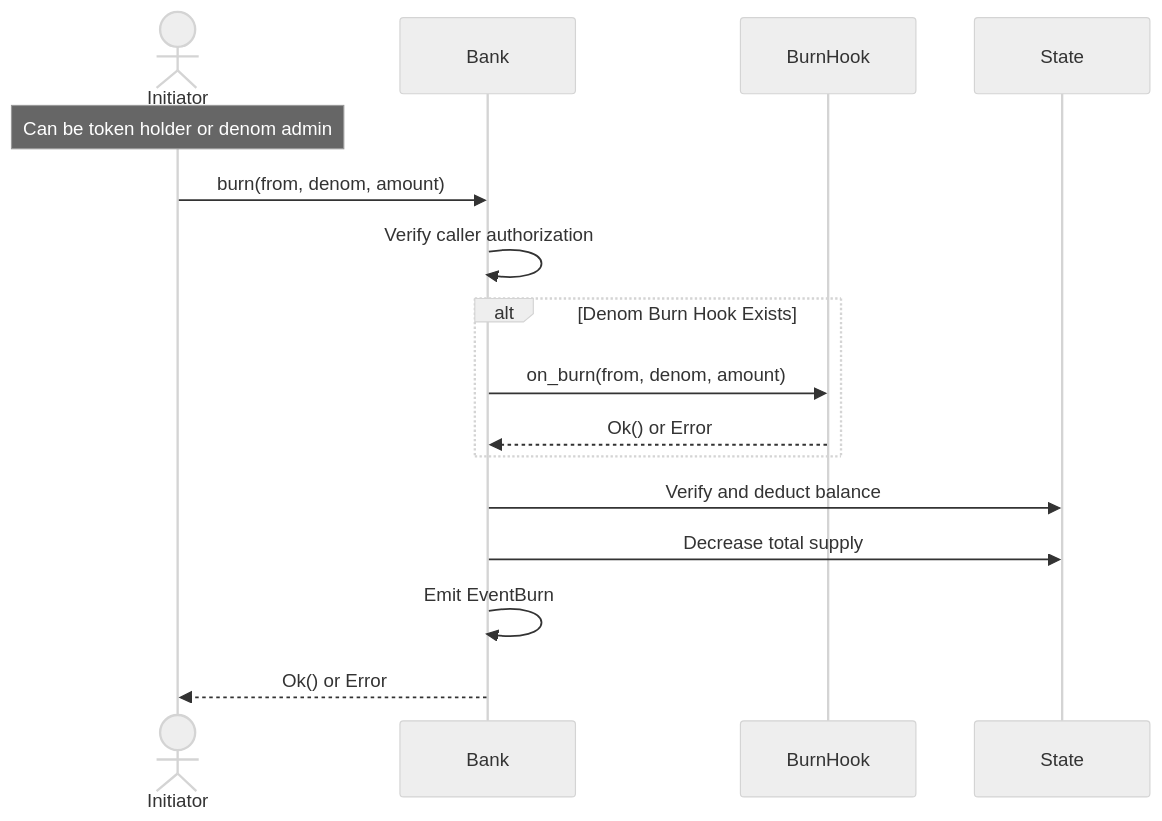
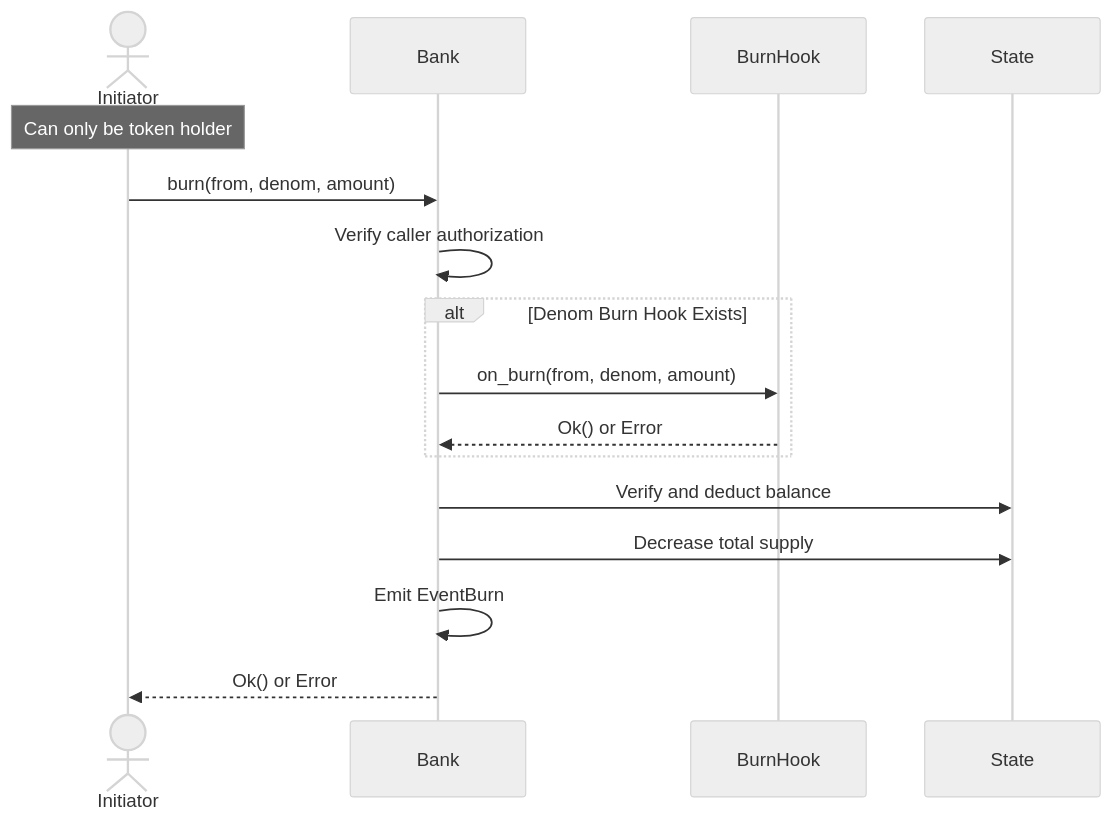
The third of 3 diagrams in crates/modules/bank/README.md (tac0turtle/rawraw), drawn with Mermaid (neutral theme) before and after one commit. The commit also changed other lines of this file, not shown here.

Commit message:
only allow to burn tokens of your own account

````diff
--- a/crates/modules/bank/README.md
+++ b/crates/modules/bank/README.md
@@ -168,22 +168,22 @@
 ```mermaid
 sequenceDiagram
     actor Initiator
     participant Bank
     participant BurnHook
     participant State
 
-    Note over Initiator: Can be token holder or denom admin
+    Note over Initiator: Can only be token holder
     
     Initiator->>Bank: burn(from, denom, amount)
     Bank->>Bank: Verify caller authorization
     
     alt Denom Burn Hook Exists
         Bank->>BurnHook: on_burn(from, denom, amount)
         BurnHook-->>Bank: Ok() or Error
     end
     
     Bank->>State: Verify and deduct balance
     Bank->>State: Decrease total supply
     Bank->>Bank: Emit EventBurn
     Bank-->>Initiator: Ok() or Error
 ```
````
